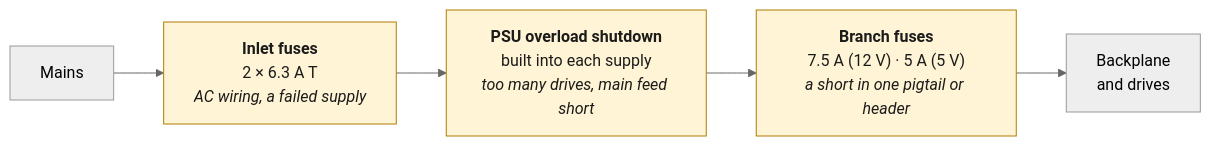
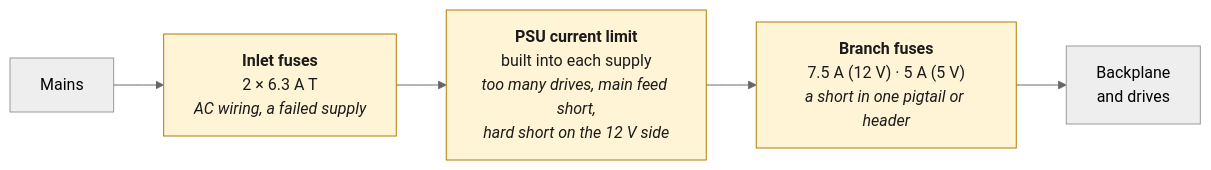
The first of 2 diagrams in docs/01-design-overview.md (Lukas0923xcv/JBOD), drawn with Mermaid (neutral theme) before and after one commit. The commit also changed other lines of this file and 17 other files, not shown here.

````diff
--- a/docs/01-design-overview.md
+++ b/docs/01-design-overview.md
@@ -40,9 +43,9 @@
 ```mermaid
 flowchart LR
     M["Mains"] --> IF["<b>Inlet fuses</b><br>2 × 6.3 A T<br><i>AC wiring, a failed supply</i>"]
-    IF --> OL["<b>PSU overload shutdown</b><br>built into each supply<br><i>too many drives, main feed short</i>"]
+    IF --> OL["<b>PSU current limit</b><br>built into each supply<br><i>too many drives, main feed short,<br>hard short on the 12 V side</i>"]
     OL --> BF["<b>Branch fuses</b><br>7.5 A (12 V) · 5 A (5 V)<br><i>a short in one pigtail or header</i>"]
     BF --> BP["Backplane<br>and drives"]
     classDef prot fill:#fff4d6,stroke:#b07d00,color:#1b1b1a
     class IF,OL,BF prot
 ```
````
